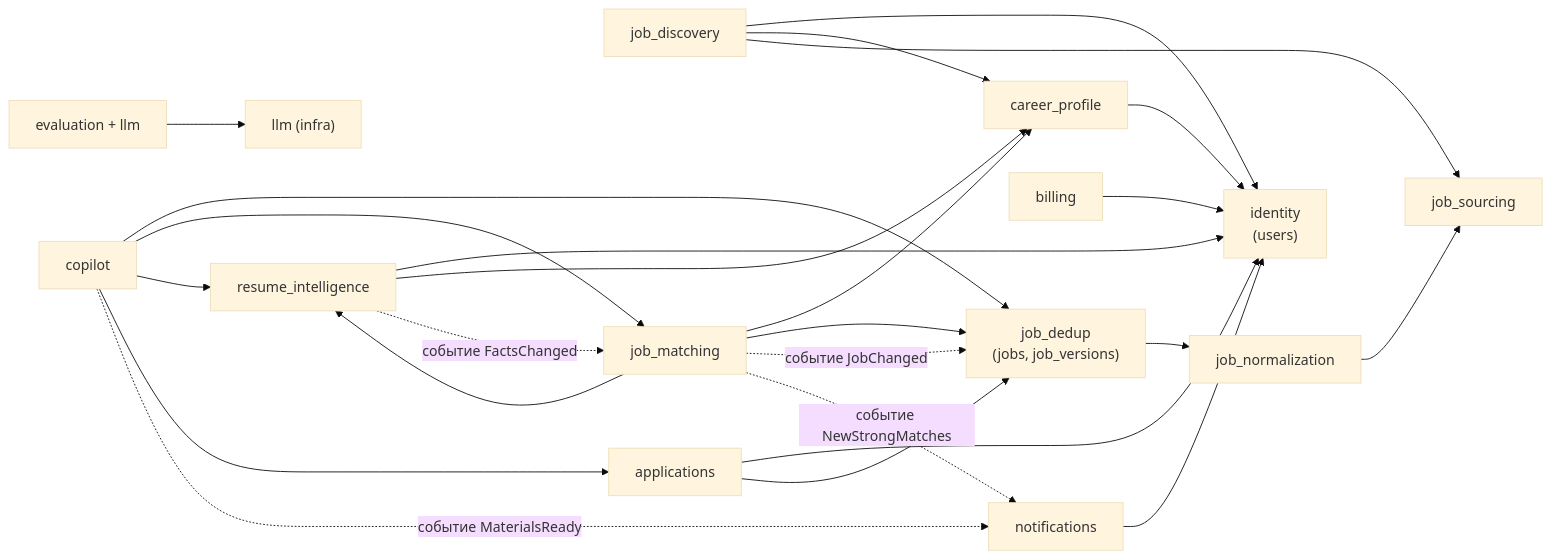
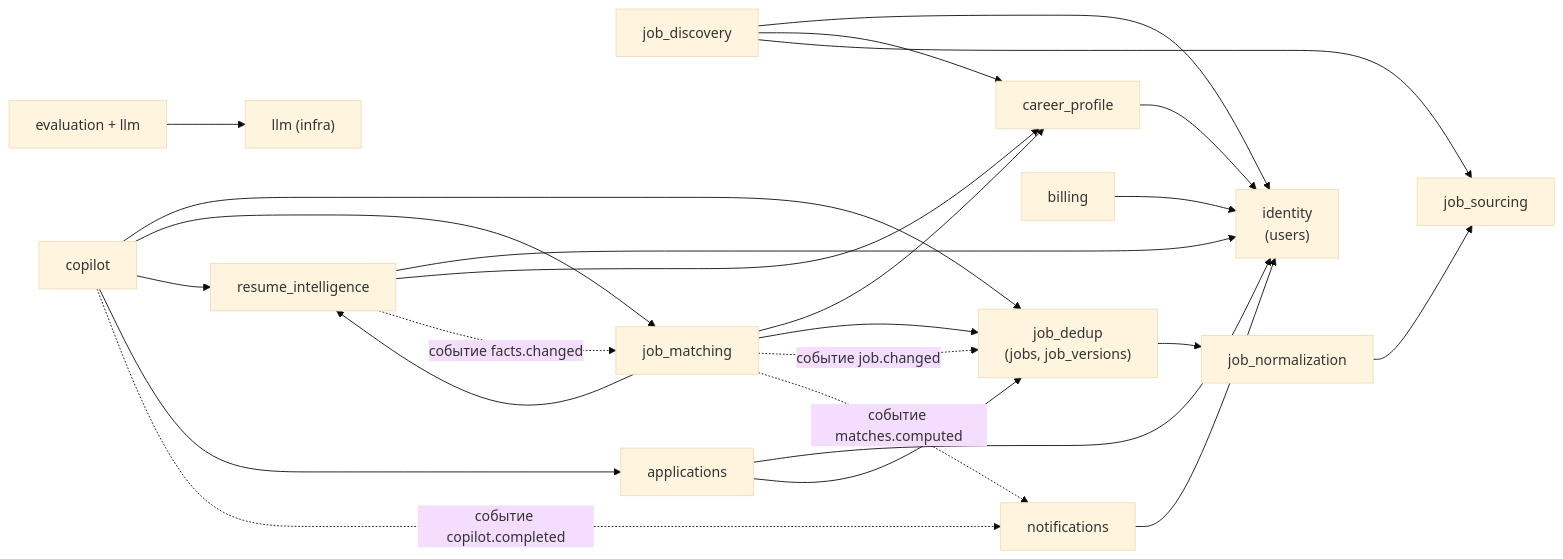
One commit to lyakoway/ai-career-pilot changed the second of 2 diagrams in docs/ARCHITECTURE.md. Above: the diagram before and after it, drawn with Mermaid (base theme). The commit also changed other lines of this file and 10 other files, not shown here.

````diff
--- a/docs/ARCHITECTURE.md
+++ b/docs/ARCHITECTURE.md
@@ -173,42 +184,42 @@
 ```mermaid
 flowchart LR
     identity["identity<br/>(users)"]
     career_profile["career_profile"]
     resume_intel["resume_intelligence"]
     job_sourcing["job_sourcing"]
     job_discovery["job_discovery"]
     job_normalization["job_normalization"]
     job_dedup["job_dedup<br/>(jobs, job_versions)"]
     job_matching["job_matching"]
     copilot["copilot"]
     applications["applications"]
     notifications["notifications"]
     evaluation["evaluation + llm"]
     billing["billing"]
 
     career_profile --> identity
     resume_intel --> identity
     resume_intel --> career_profile
     job_discovery --> identity
     job_discovery --> career_profile
     job_discovery --> job_sourcing
     job_normalization --> job_sourcing
     job_dedup --> job_normalization
     job_matching --> career_profile
     job_matching --> resume_intel
     job_matching --> job_dedup
     copilot --> job_dedup
     copilot --> job_matching
     copilot --> resume_intel
     applications --> identity
     applications --> job_dedup
     copilot --> applications
     notifications --> identity
     evaluation --> llm2["llm (infra)"]
     billing --> identity
 
-    job_matching -.->|"событие JobChanged"| job_dedup
-    resume_intel -.->|"событие FactsChanged"| job_matching
-    copilot -.->|"событие MaterialsReady"| notifications
-    job_matching -.->|"событие NewStrongMatches"| notifications
+    job_matching -.->|"событие job.changed"| job_dedup
+    resume_intel -.->|"событие facts.changed"| job_matching
+    copilot -.->|"событие copilot.completed"| notifications
+    job_matching -.->|"событие matches.computed"| notifications
 ```
````
